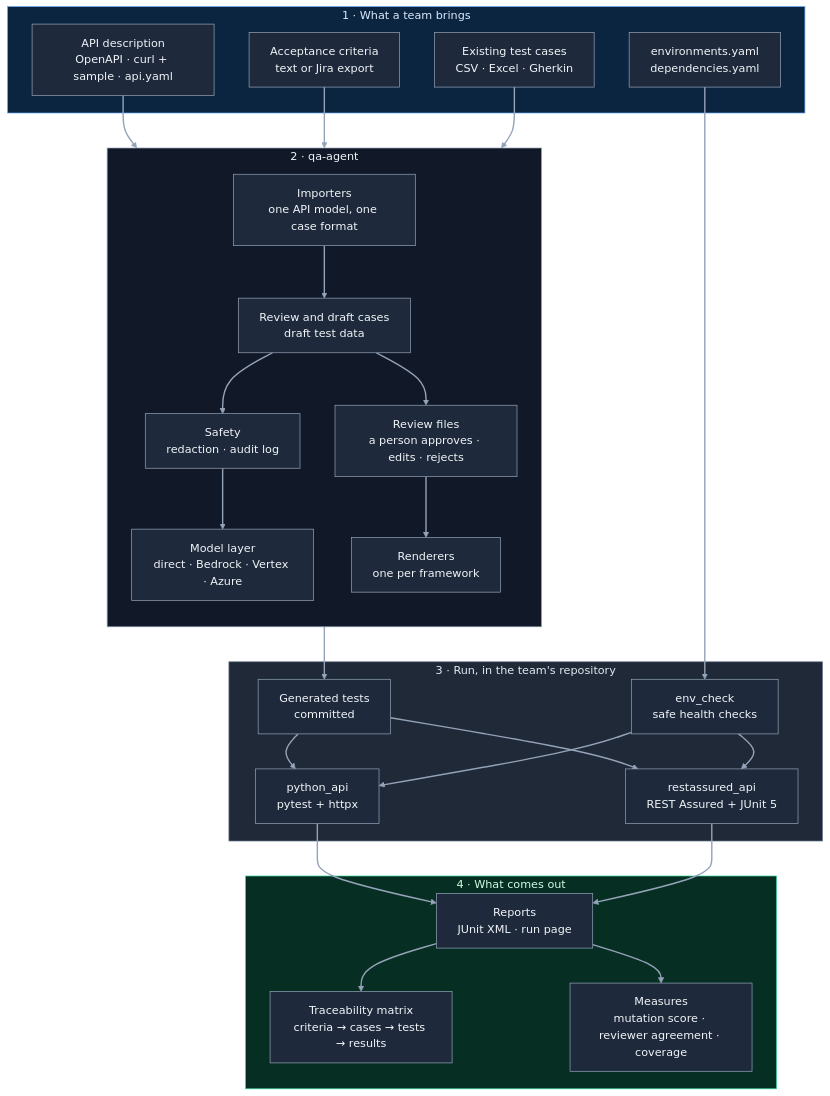
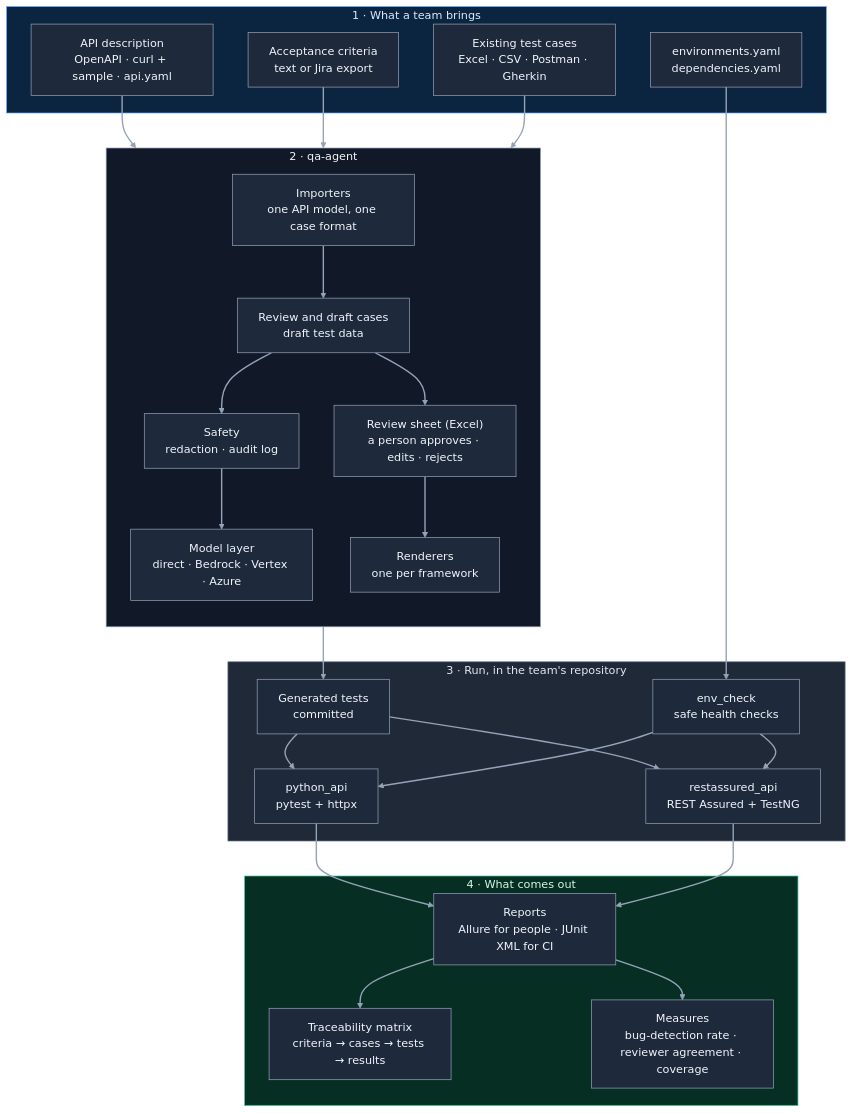
The second of 5 diagrams in docs/architecture.md (rahulsharma-qe/api-qa-agent), drawn with Mermaid (neutral theme) before and after one commit. The commit also changed other lines of this file and 2 other files, not shown here.

Commit message:
Design for QA teams: TestNG, Allure, an Excel review sheet, smoke and priority, evidence, retry, Postman import, Cucumber in phase 3c

````diff
--- a/docs/architecture.md
+++ b/docs/architecture.md
@@ -87,54 +87,54 @@
 ```mermaid
 flowchart TB
   subgraph TEAM["1 · What a team brings"]
     SPEC["API description<br/>OpenAPI · curl + sample · api.yaml"]
     AC["Acceptance criteria<br/>text or Jira export"]
-    OLD["Existing test cases<br/>CSV · Excel · Gherkin"]
+    OLD["Existing test cases<br/>Excel · CSV · Postman · Gherkin"]
     ENVF["environments.yaml<br/>dependencies.yaml"]
   end
   subgraph AGENT["2 · qa-agent"]
     direction TB
     IMP["Importers<br/>one API model, one case format"]
     DRAFT["Review and draft cases<br/>draft test data"]
     SAFE["Safety<br/>redaction · audit log"]
     MODEL["Model layer<br/>direct · Bedrock · Vertex · Azure"]
-    REVIEW["Review files<br/>a person approves · edits · rejects"]
+    REVIEW["Review sheet (Excel)<br/>a person approves · edits · rejects"]
     REN["Renderers<br/>one per framework"]
   end
   subgraph RUN["3 · Run, in the team's repository"]
     GEN["Generated tests<br/>committed"]
     EC["env_check<br/>safe health checks"]
     FWP["python_api<br/>pytest + httpx"]
-    FWJ["restassured_api<br/>REST Assured + JUnit 5"]
+    FWJ["restassured_api<br/>REST Assured + TestNG"]
   end
   subgraph OUT["4 · What comes out"]
-    REP["Reports<br/>JUnit XML · run page"]
+    REP["Reports<br/>Allure for people · JUnit XML for CI"]
     TRACE["Traceability matrix<br/>criteria → cases → tests → results"]
-    MEAS["Measures<br/>mutation score · reviewer agreement · coverage"]
+    MEAS["Measures<br/>bug-detection rate · reviewer agreement · coverage"]
   end
   SPEC --> IMP
   AC --> IMP
   OLD --> IMP
   IMP --> DRAFT
   DRAFT --> SAFE
   SAFE --> MODEL
   DRAFT --> REVIEW
   REVIEW --> REN
   REN --> GEN
   ENVF --> EC
   GEN --> FWP
   GEN --> FWJ
   EC --> FWP
   EC --> FWJ
   FWP --> REP
   FWJ --> REP
   REP --> TRACE
   REP --> MEAS
   classDef box fill:#1e293b,stroke:#94a3b8,color:#f1f5f9
   class SPEC,AC,OLD,ENVF,IMP,SAFE,MODEL,DRAFT,REVIEW,REN,FWP,FWJ,EC,GEN,REP,TRACE,MEAS box
   style TEAM fill:#0b2540,stroke:#60a5fa,color:#dbeafe
   style AGENT fill:#111827,stroke:#94a3b8,color:#f1f5f9
   style RUN fill:#1f2937,stroke:#64748b,color:#e2e8f0
   style OUT fill:#062e22,stroke:#34d399,color:#d1fae5
   linkStyle default stroke:#94a3b8,stroke-width:2px
 ```
````
